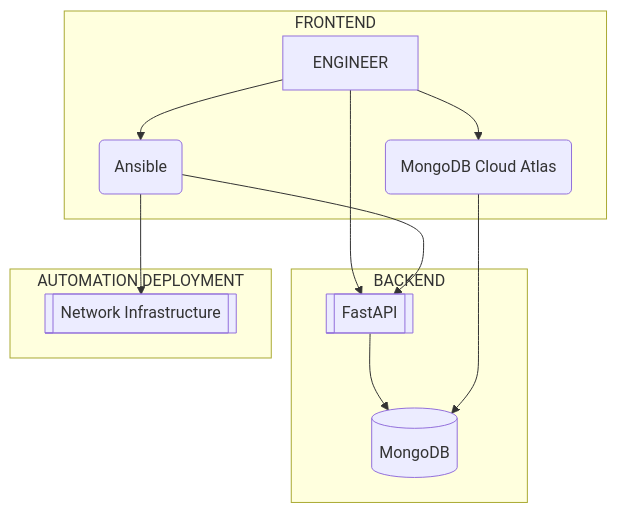
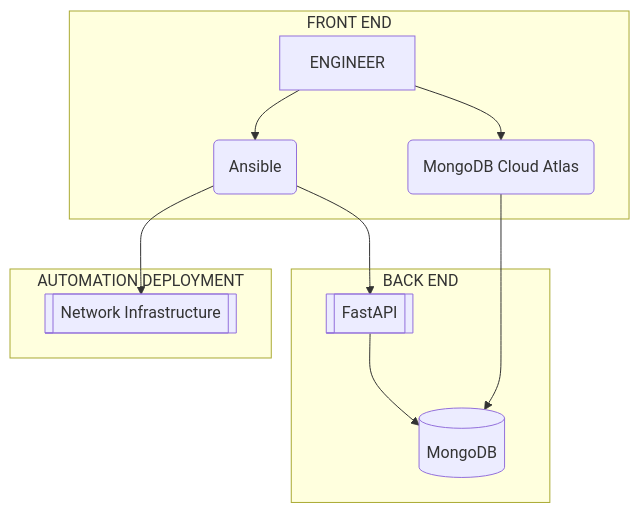
One commit to jnaranjom/iac_network_deployment changed the diagram in diagrams/automation_framework.md. Above: the diagram before and after it, drawn with Mermaid.

````diff
--- a/diagrams/automation_framework.md
+++ b/diagrams/automation_framework.md
@@ -1,22 +1,21 @@
 ```mermaid
 flowchart TB
     A[(MongoDB)]
     B[[FastAPI]]
     C(MongoDB Cloud Atlas)
     D(Ansible)
     E[[Network Infrastructure]]
     F[ENGINEER]
-    subgraph BACKEND
+    subgraph BACK END
         B --> A
     end
-    subgraph FRONTEND
-        F --> B
+    subgraph FRONT END
         F --> D
         F --> C
         C --> A
     end
     subgraph AUTOMATION DEPLOYMENT
         D --> B
         D --> E
     end
 ```
````
